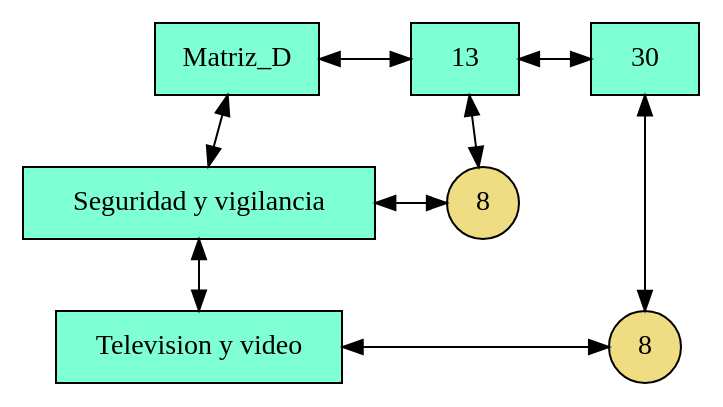
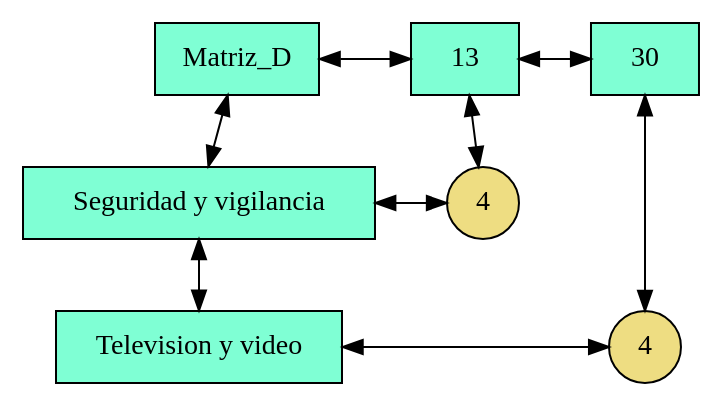
Before and after one commit to William58-0/201909103_ProyectoEDD: the diagram in frontend/src/assets/img/2018-11.dot, drawn with Graphviz. The commit also changed 44 other files, not shown here.

```diff
--- a/frontend/src/assets/img/2018-11.dot
+++ b/frontend/src/assets/img/2018-11.dot
@@ -1,25 +1,25 @@
 digraph {
 rankdir = BT;
 node [shape=rectangle style=filled];
 graph[ nodesep = 0.5];
 { rank=same; nodoMatriz_D; nodo13;}
  { rank=same; nodo13; nodo30;}
  { rank=same; nodoSeguridad_y_vigilancia; nodo13Seguridad_y_vigilancia;}
  { rank=same; nodoTelevision_y_video; nodo30Television_y_video;}
  nodoMatriz_D [label="Matriz_D" fillcolor=aquamarine]
 nodo13 [label="13" fillcolor=aquamarine]
 nodoMatriz_D->nodo13 [dir=both]
 nodo30 [label="30" fillcolor=aquamarine]
 nodo13->nodo30 [dir=both]
 nodoSeguridad_y_vigilancia [label="Seguridad y vigilancia" fillcolor=aquamarine]
 nodoSeguridad_y_vigilancia->nodoMatriz_D [dir=both]
 nodoTelevision_y_video [label="Television y video" fillcolor=aquamarine]
 nodoTelevision_y_video->nodoSeguridad_y_vigilancia [dir=both]
-nodo13Seguridad_y_vigilancia [label="8" shape=circle fillcolor=lightgoldenrod]
+nodo13Seguridad_y_vigilancia [label="4" shape=circle fillcolor=lightgoldenrod]
 nodo13Seguridad_y_vigilancia->nodo13 [dir=both]
 nodoSeguridad_y_vigilancia->nodo13Seguridad_y_vigilancia [constraint=false; dir=both]
-nodo30Television_y_video [label="8" shape=circle fillcolor=lightgoldenrod]
+nodo30Television_y_video [label="4" shape=circle fillcolor=lightgoldenrod]
 nodo30Television_y_video->nodo30 [dir=both]
 nodoTelevision_y_video->nodo30Television_y_video [constraint=false; dir=both]
 { rank=same; nodoMatriz_D; nodo13; nodo30; }
  }
```
